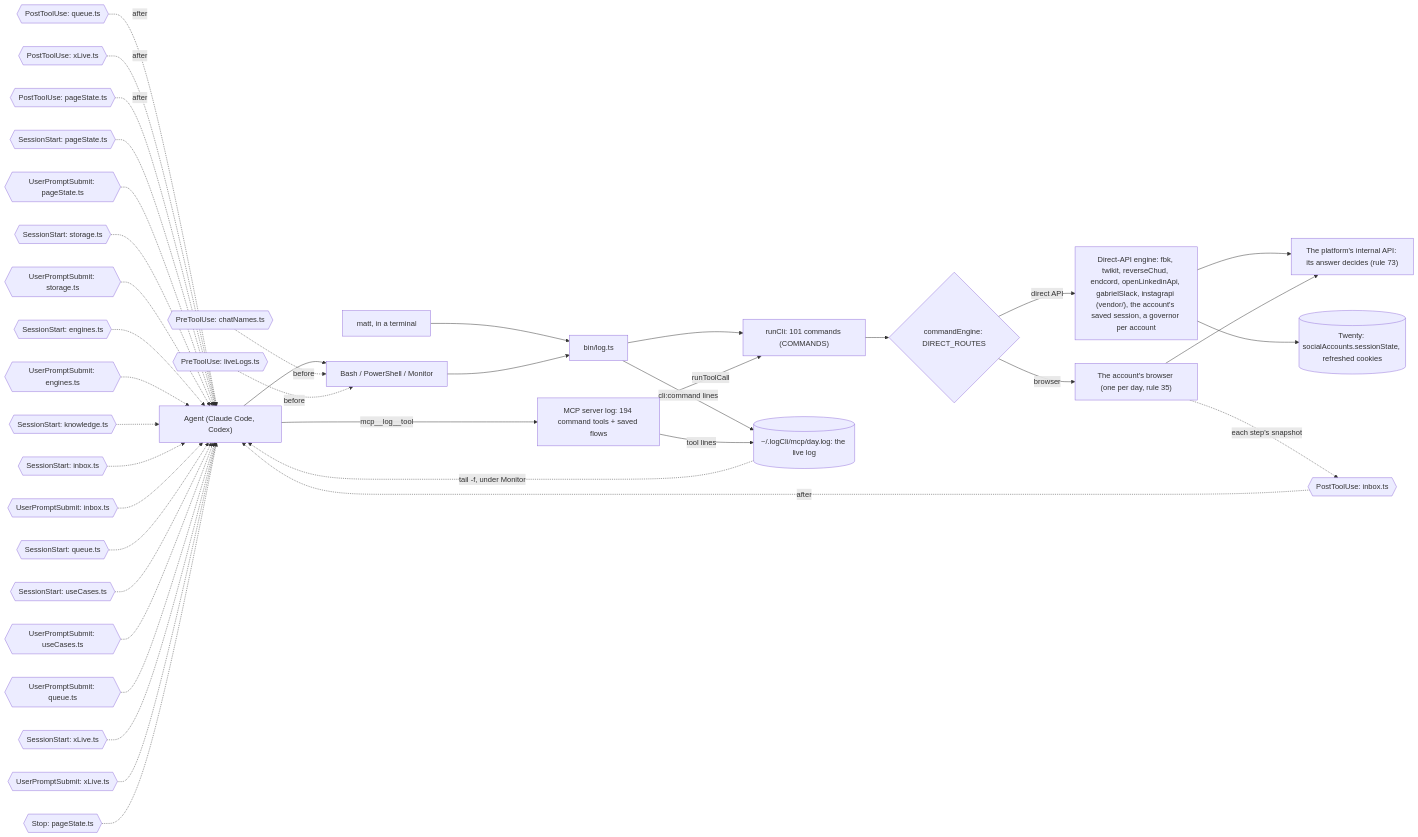
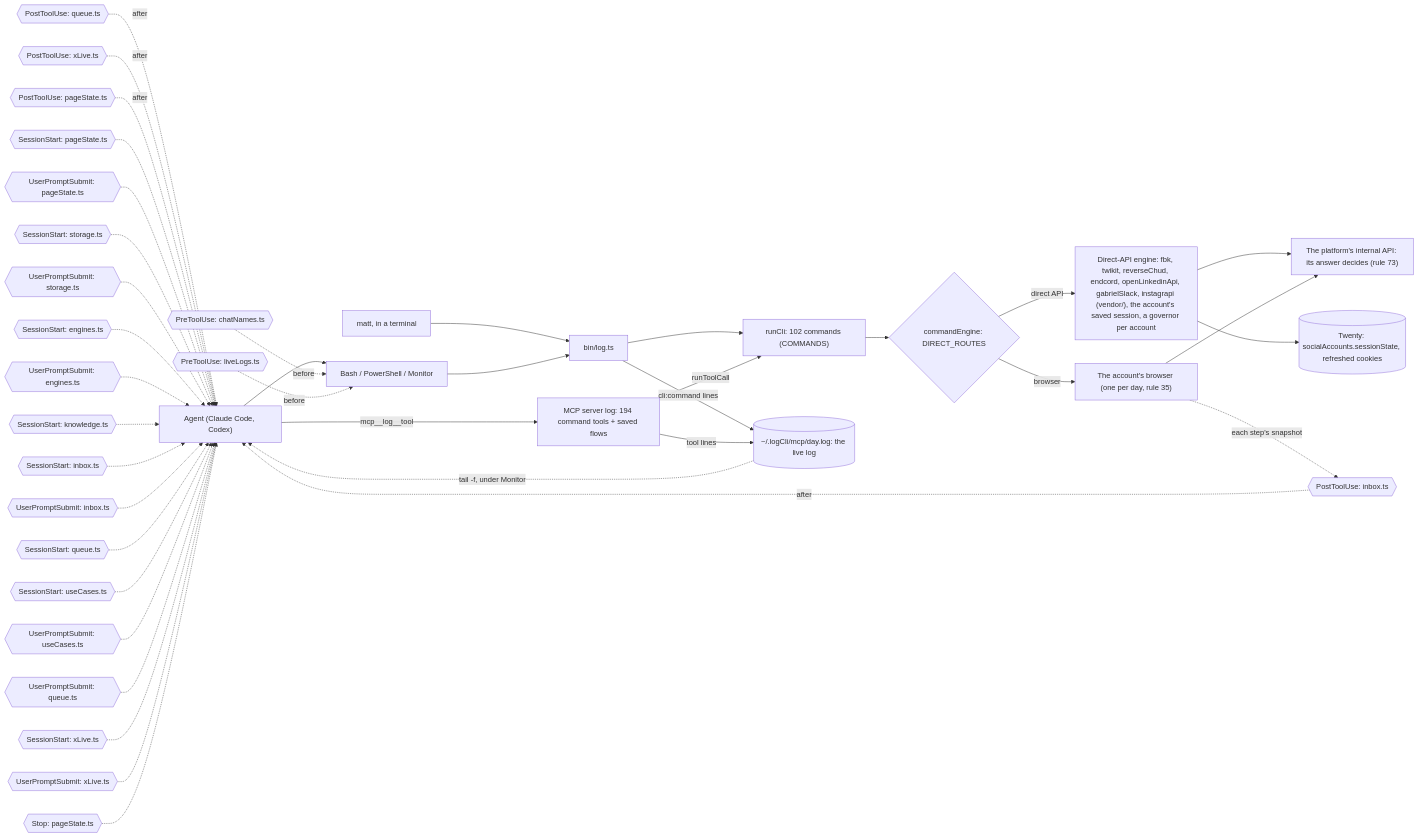
One commit to matthewdonsemail-lab/log changed the third of 6 diagrams in docs/reference.md. Above: the diagram before and after it, drawn with Mermaid. The commit also changed other lines of this file and 17 other files, not shown here.

````diff
--- a/docs/reference.md
+++ b/docs/reference.md
@@ -191,53 +191,53 @@
 ```mermaid
 flowchart LR
   agent["Agent (Claude Code, Codex)"]
   matt["matt, in a terminal"]
   shell["Bash / PowerShell / Monitor"]
   mcp["MCP server log: 194 command tools + saved flows"]
   bin["bin/log.ts"]
-  runCli["runCli: 101 commands (COMMANDS)"]
+  runCli["runCli: 102 commands (COMMANDS)"]
   live[("~/.logCli/mcp/day.log: the live log")]
   engine{"commandEngine: DIRECT_ROUTES"}
   direct["Direct-API engine: fbk, twikit, reverseChud, endcord, openLinkedinApi, gabrielSlack, instagrapi (vendor/), the account's saved session, a governor per account"]
   browser["The account's browser (one per day, rule 35)"]
   api["The platform's internal API: its answer decides (rule 73)"]
   twenty[("Twenty: socialAccounts.sessionState, refreshed cookies")]
   agent --> shell
   matt --> bin
   shell --> bin
   agent -->|mcp__log__tool| mcp
   bin --> runCli
   mcp -->|runToolCall| runCli
   runCli --> engine
   engine -->|direct API| direct
   engine -->|browser| browser
   direct --> api
   browser --> api
   direct --> twenty
   bin -->|cli:command lines| live
   mcp -->|tool lines| live
   live -.->|tail -f, under Monitor| agent
   pre0{{"PreToolUse: chatNames.ts"}} -.->|before| shell
   pre1{{"PreToolUse: liveLogs.ts"}} -.->|before| shell
   post0{{"PostToolUse: inbox.ts"}} -.->|after| agent
   post1{{"PostToolUse: queue.ts"}} -.->|after| agent
   post2{{"PostToolUse: xLive.ts"}} -.->|after| agent
   post3{{"PostToolUse: pageState.ts"}} -.->|after| agent
   turn0{{"SessionStart: pageState.ts"}} -.-> agent
   turn1{{"UserPromptSubmit: pageState.ts"}} -.-> agent
   turn2{{"SessionStart: storage.ts"}} -.-> agent
   turn3{{"UserPromptSubmit: storage.ts"}} -.-> agent
   turn4{{"SessionStart: engines.ts"}} -.-> agent
   turn5{{"UserPromptSubmit: engines.ts"}} -.-> agent
   turn6{{"SessionStart: knowledge.ts"}} -.-> agent
   turn7{{"SessionStart: inbox.ts"}} -.-> agent
   turn8{{"UserPromptSubmit: inbox.ts"}} -.-> agent
   turn9{{"SessionStart: queue.ts"}} -.-> agent
   turn10{{"SessionStart: useCases.ts"}} -.-> agent
   turn11{{"UserPromptSubmit: useCases.ts"}} -.-> agent
   turn12{{"UserPromptSubmit: queue.ts"}} -.-> agent
   turn13{{"SessionStart: xLive.ts"}} -.-> agent
   turn14{{"UserPromptSubmit: xLive.ts"}} -.-> agent
   turn15{{"Stop: pageState.ts"}} -.-> agent
   browser -.->|each step's snapshot| post0
 ```
````
